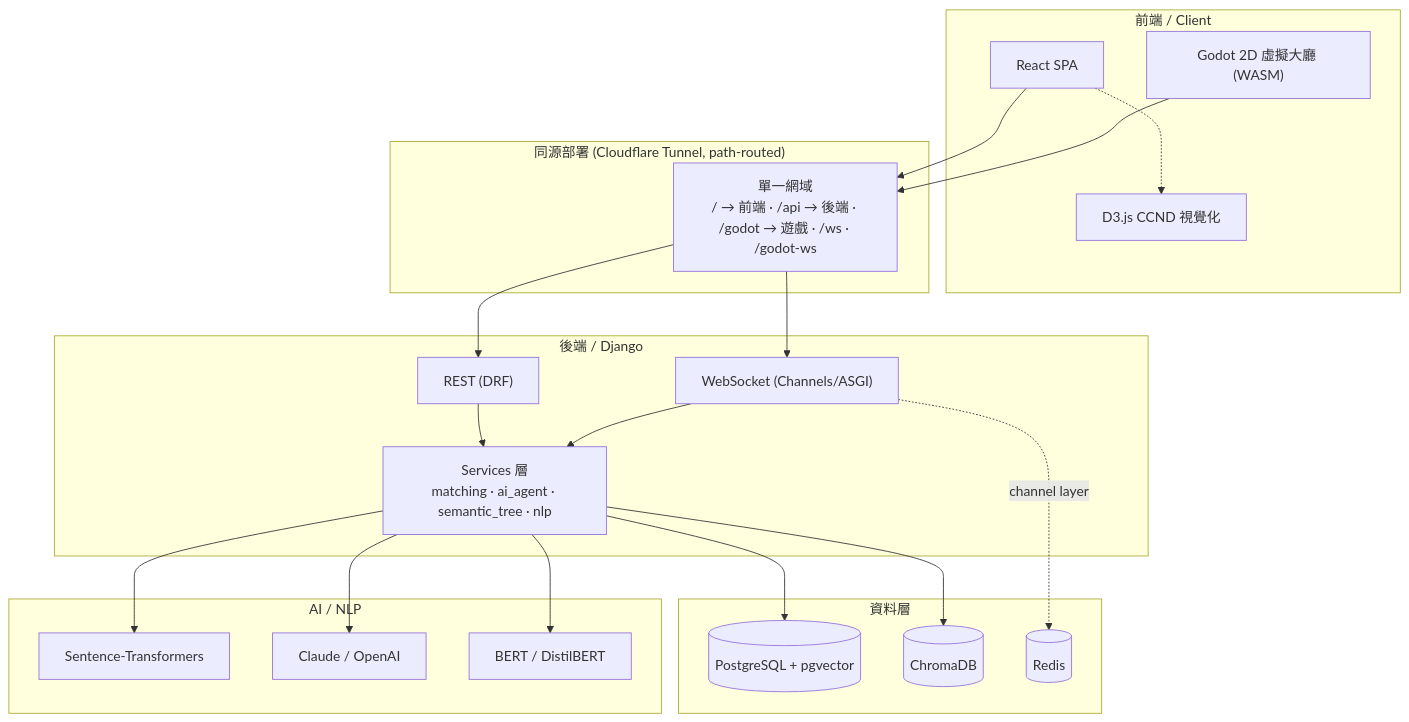
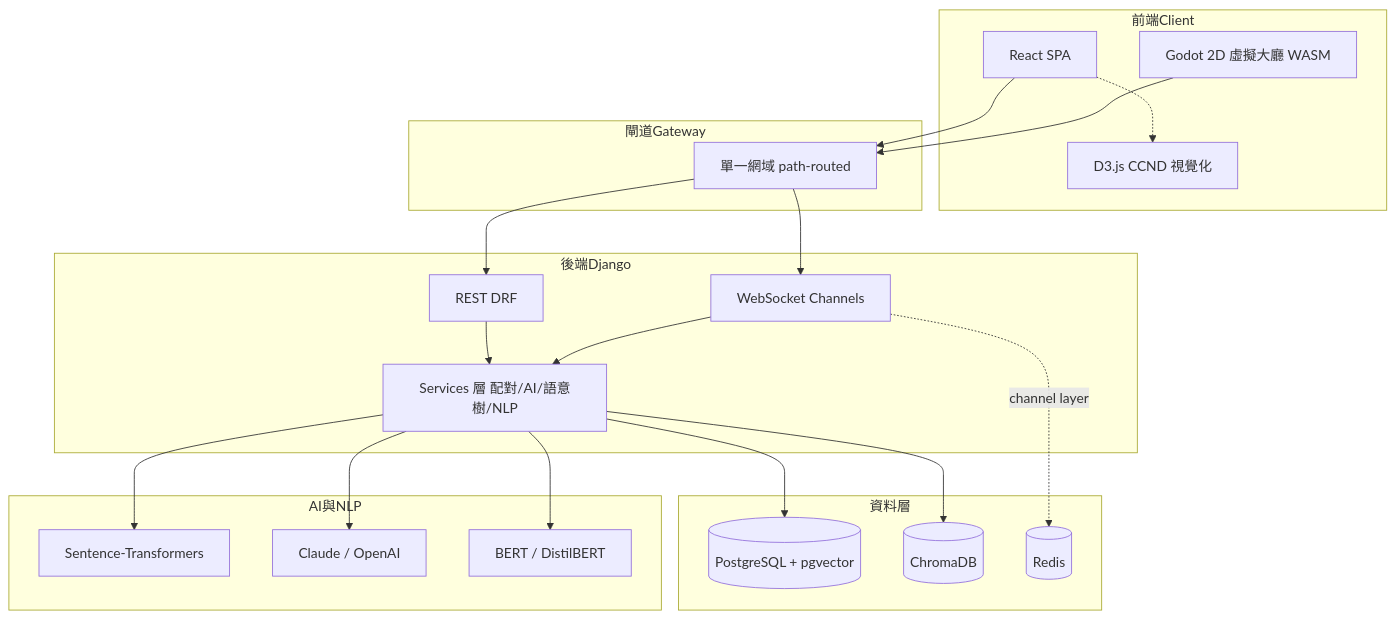
Before and after one commit to Ceeeuu/TakeAbridge-Portfolio: the first of 6 diagrams in ARCHITECTURE.md, drawn with Mermaid. The commit also changed other lines of this file, not shown here.

Commit message:
fix(docs): rewrite mermaid diagrams with widely-compatible syntax

````diff
--- a/ARCHITECTURE.md
+++ b/ARCHITECTURE.md
@@ -10,44 +10,44 @@
 ```mermaid
 flowchart TB
-    subgraph Client["前端 / Client"]
+    subgraph 前端Client
         R["React SPA"]
         D["D3.js CCND 視覺化"]
-        G["Godot 2D 虛擬大廳 (WASM)"]
+        G["Godot 2D 虛擬大廳 WASM"]
     end
 
-    subgraph Edge["同源部署 (Cloudflare Tunnel, path-routed)"]
-        Nginx["單一網域<br/>/ → 前端 · /api → 後端 · /godot → 遊戲 · /ws · /godot-ws"]
+    subgraph 閘道Gateway
+        NG["單一網域 path-routed"]
     end
 
-    subgraph Backend["後端 / Django"]
-        DRF["REST (DRF)"]
-        CH["WebSocket (Channels/ASGI)"]
-        SVC["Services 層<br/>matching · ai_agent · semantic_tree · nlp"]
+    subgraph 後端Django
+        DRF["REST DRF"]
+        CH["WebSocket Channels"]
+        SVC["Services 層 配對/AI/語意樹/NLP"]
     end
 
-    subgraph Data["資料層"]
+    subgraph 資料層
         PG[("PostgreSQL + pgvector")]
         CR[("ChromaDB")]
         RD[("Redis")]
     end
 
-    subgraph AI["AI / NLP"]
+    subgraph AI與NLP
         EMB["Sentence-Transformers"]
         LLM["Claude / OpenAI"]
         CLS["BERT / DistilBERT"]
     end
 
-    R --> Nginx
-    G --> Nginx
-    Nginx --> DRF
-    Nginx --> CH
+    R --> NG
+    G --> NG
+    NG --> DRF
+    NG --> CH
     DRF --> SVC
     CH --> SVC
     SVC --> PG
     SVC --> CR
     CH -.->|channel layer| RD
     SVC --> EMB
     SVC --> LLM
     SVC --> CLS
     R -.-> D
 ```
````
